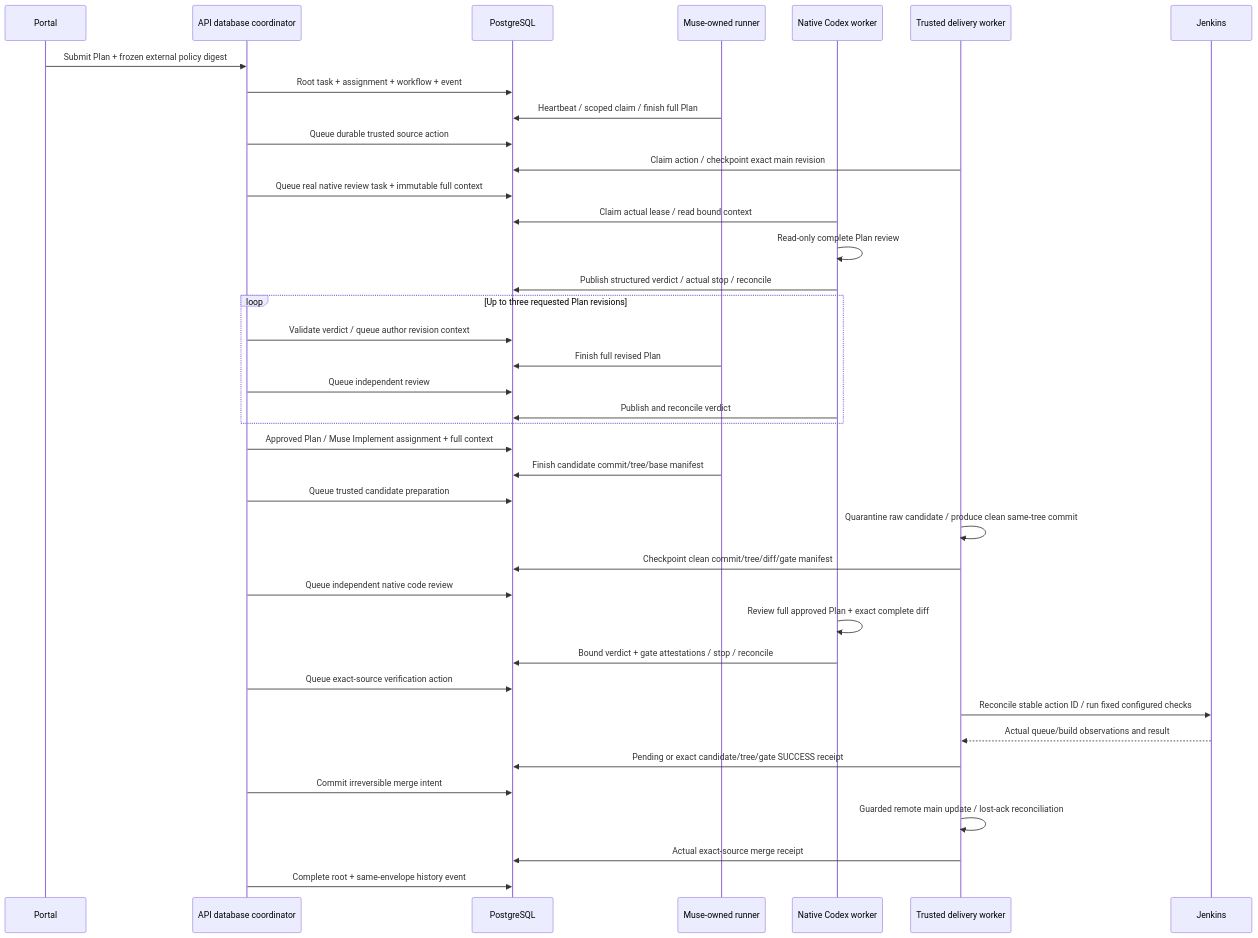
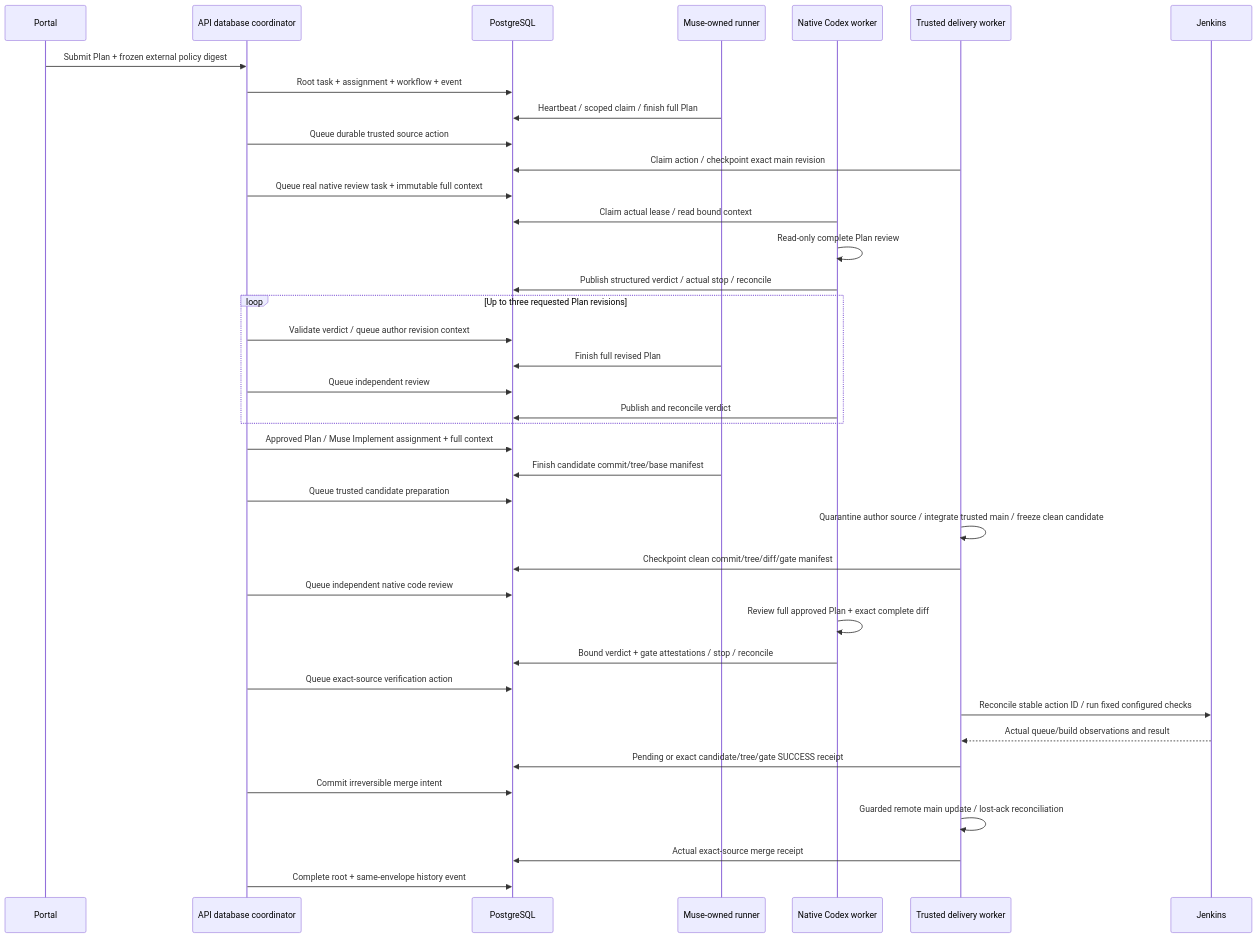
One commit to roachmaster/homelab changed the diagram in docs/architecture/external-agent-workflow.md. Above: the diagram before and after it, drawn with Mermaid. The commit also changed other lines of this file and 6 other files, not shown here.

Commit message:
Integrate clean external candidates after main advances

````diff
--- a/docs/architecture/external-agent-workflow.md
+++ b/docs/architecture/external-agent-workflow.md
@@ -8,41 +8,41 @@
 ```mermaid
 sequenceDiagram
     participant U as Portal
     participant C as API database coordinator
     participant P as PostgreSQL
     participant M as Muse-owned runner
     participant N as Native Codex worker
     participant D as Trusted delivery worker
     participant J as Jenkins
     U->>C: Submit Plan + frozen external policy digest
     C->>P: Root task + assignment + workflow + event
     M->>P: Heartbeat / scoped claim / finish full Plan
     C->>P: Queue durable trusted source action
     D->>P: Claim action / checkpoint exact main revision
     C->>P: Queue real native review task + immutable full context
     N->>P: Claim actual lease / read bound context
     N->>N: Read-only complete Plan review
     N->>P: Publish structured verdict / actual stop / reconcile
     loop Up to three requested Plan revisions
         C->>P: Validate verdict / queue author revision context
         M->>P: Finish full revised Plan
         C->>P: Queue independent review
         N->>P: Publish and reconcile verdict
     end
     C->>P: Approved Plan / Muse Implement assignment + full context
     M->>P: Finish candidate commit/tree/base manifest
     C->>P: Queue trusted candidate preparation
-    D->>D: Quarantine raw candidate / produce clean same-tree commit
+    D->>D: Quarantine author source / integrate trusted main / freeze clean candidate
     D->>P: Checkpoint clean commit/tree/diff/gate manifest
     C->>P: Queue independent native code review
     N->>N: Review full approved Plan + exact complete diff
     N->>P: Bound verdict + gate attestations / stop / reconcile
     C->>P: Queue exact-source verification action
     D->>J: Reconcile stable action ID / run fixed configured checks
     J-->>D: Actual queue/build observations and result
     D->>P: Pending or exact candidate/tree/gate SUCCESS receipt
     C->>P: Commit irreversible merge intent
     D->>D: Guarded remote main update / lost-ack reconciliation
     D->>P: Actual exact-source merge receipt
     C->>P: Complete root + same-envelope history event
 ```
````
